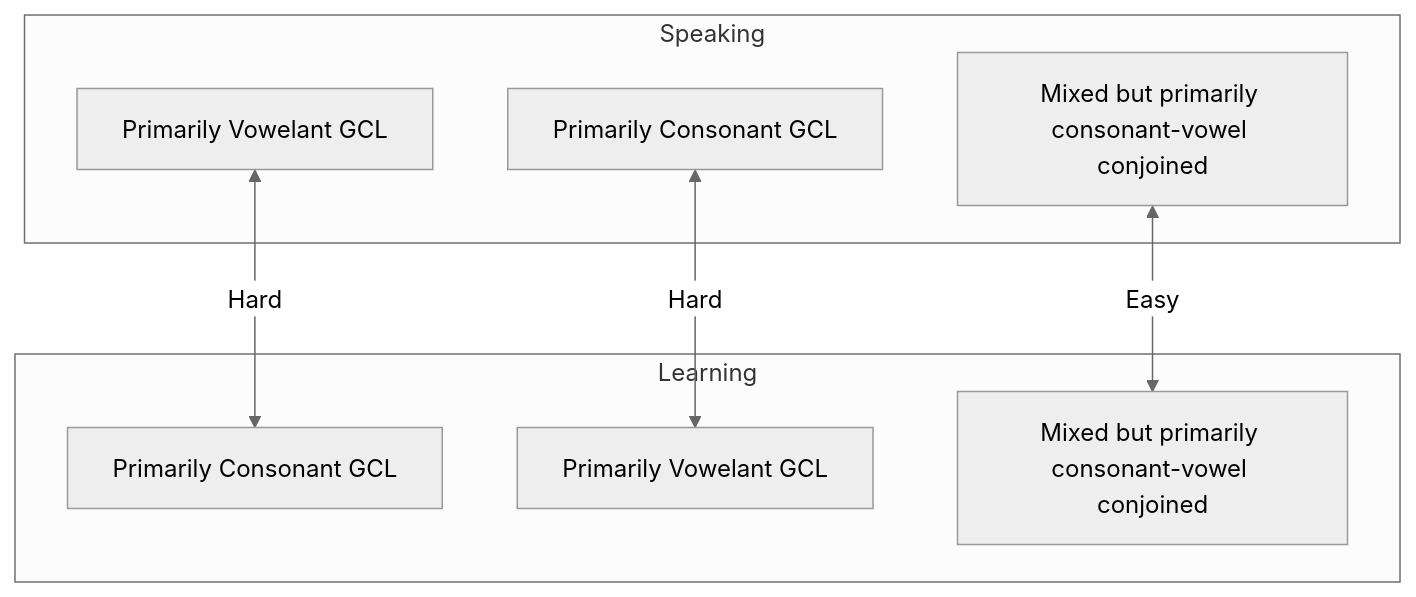
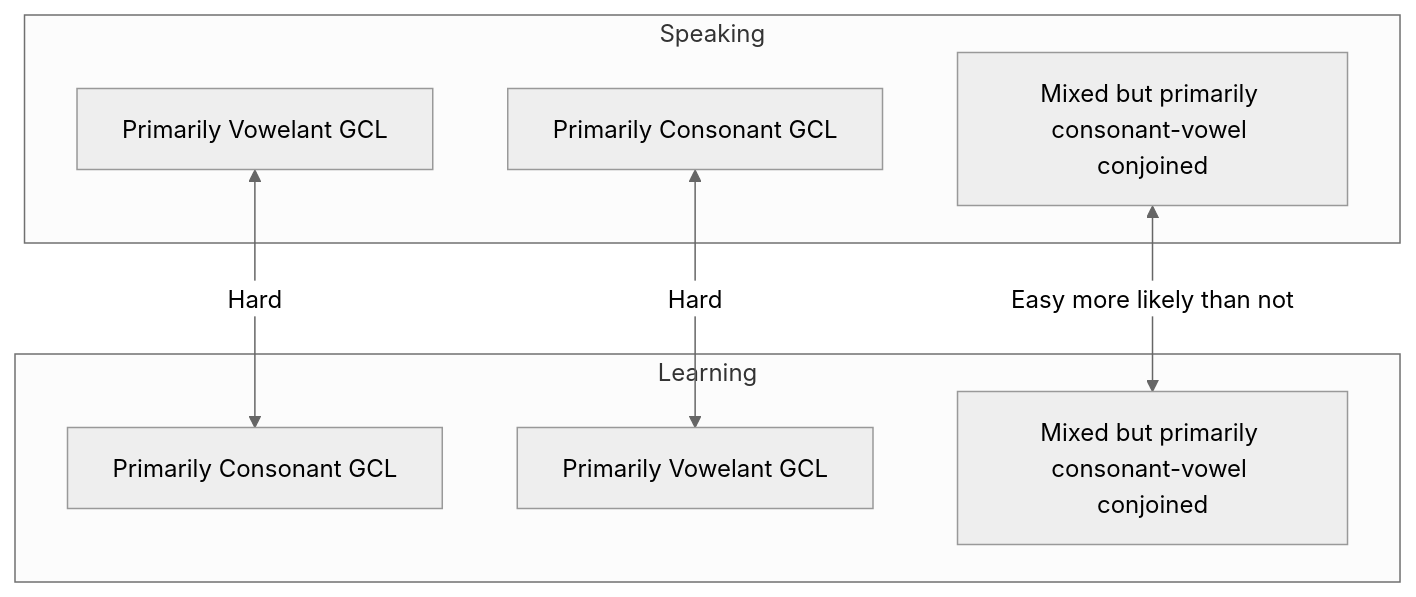
One commit to bendqh1/mermaid changed the second of 2 diagrams in general_communication_languages_categorization_for_learning.md. Above: the diagram before and after it, drawn with Mermaid (neutral theme). The commit also changed other lines of this file, not shown here.

````diff
--- a/general_communication_languages_categorization_for_learning.md
+++ b/general_communication_languages_categorization_for_learning.md
@@ -32,20 +31,19 @@
 ```mermaid
 flowchart TD
 
   subgraph A [Speaking]
     A1[Primarily Consonant GCL]
     A2[Primarily Vowelant GCL]
     A3[Mixed but primarily consonant-vowel conjoined]
   end
 
   subgraph B [Learning]
     B1[Primarily Consonant GCL]
     B2[Primarily Vowelant GCL]
     B3[Mixed but primarily consonant-vowel conjoined]
   end
 
   A1 <-->|Hard| B2
   A2 <-->|Hard| B1
-  A3 <-->|Easy| B3
-
+  A3 <-->|Easy more likely than not| B3
 ```
````
